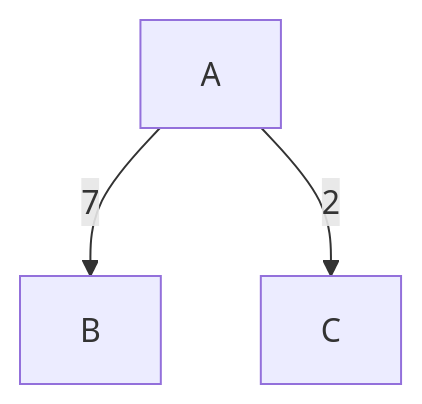
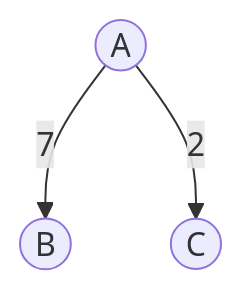
Before and after one commit to rabestro/test-mermaid: the second of 2 diagrams in README.md, drawn with Mermaid.

````diff
--- a/README.md
+++ b/README.md
@@ -11,5 +11,5 @@
 ```mermaid
 flowchart TD
-    A -->|7| B
-    A -->|2| C
+    A((A)) -->|7| B((B))
+    A -->|2| C((C))
 ```
````
